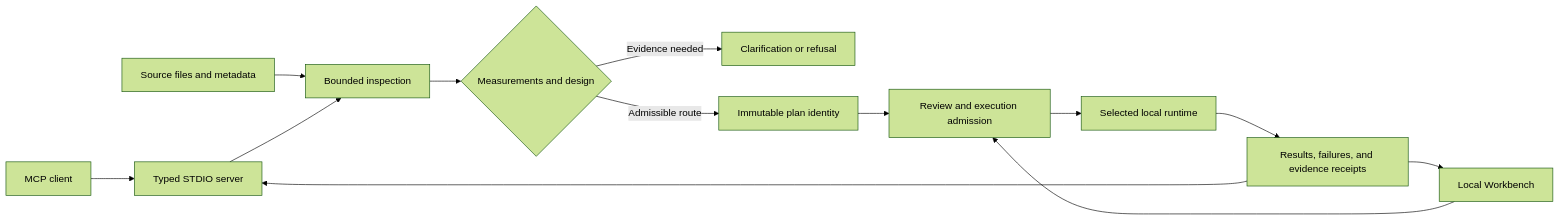
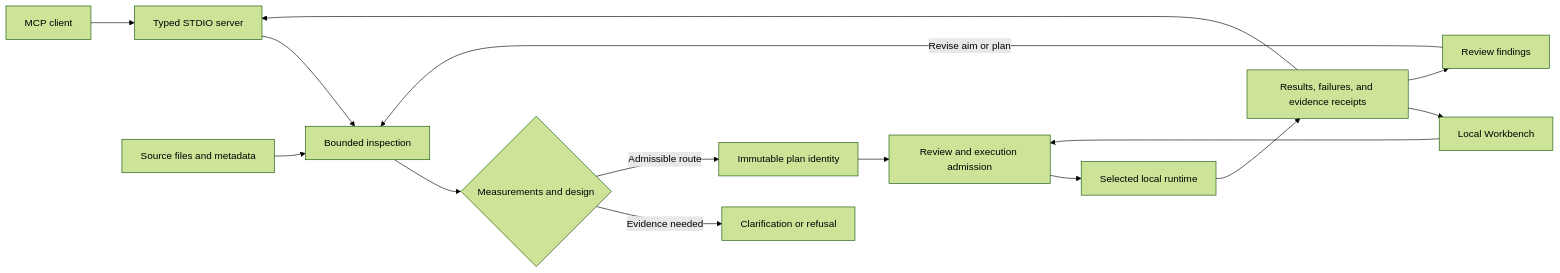
One commit to Vajraaaang/bio-agent-harness changed the diagram in docs/architecture.md. Above: the diagram before and after it, drawn with Mermaid (forest theme). The commit also changed other lines of this file and 197 other files, not shown here.

````diff
--- a/docs/architecture.md
+++ b/docs/architecture.md
@@ -6,15 +6,17 @@
 ```mermaid
 flowchart LR
     agent["MCP client"] --> api["Typed STDIO server"]
     files["Source files and metadata"] --> intake["Bounded inspection"]
     api --> intake
     intake --> gate{"Measurements and design"}
     gate -->|"Evidence needed"| hold["Clarification or refusal"]
     gate -->|"Admissible route"| frozen["Immutable plan identity"]
     frozen --> review["Review and execution admission"]
     studio["Local Workbench"] --> review
     review --> worker["Selected local runtime"]
     worker --> ledger["Results, failures, and evidence receipts"]
     ledger --> api
     ledger --> studio
+    ledger --> findings["Review findings"]
+    findings -->|"Revise aim or plan"| intake
 ```
````
